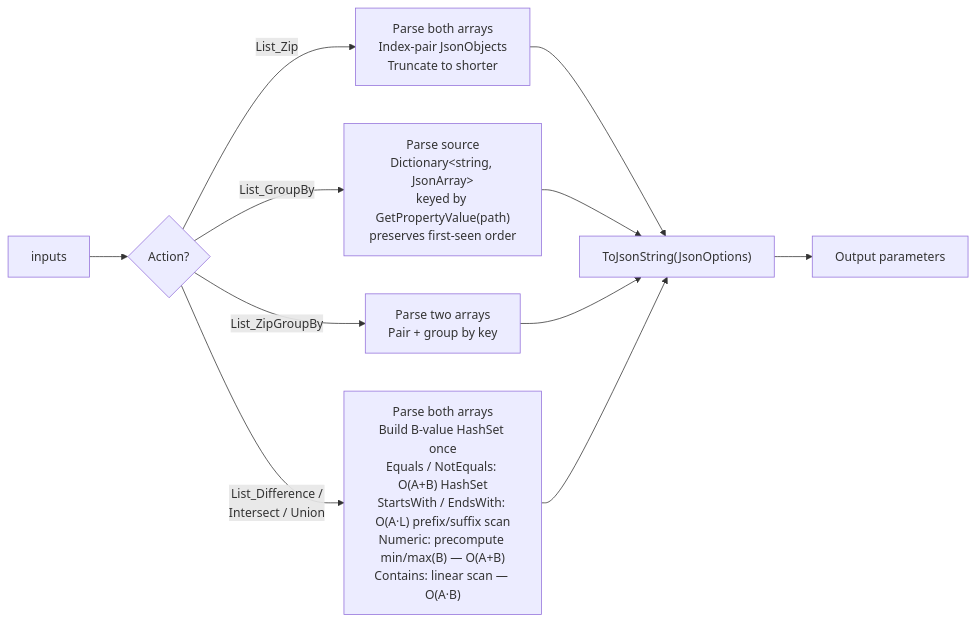
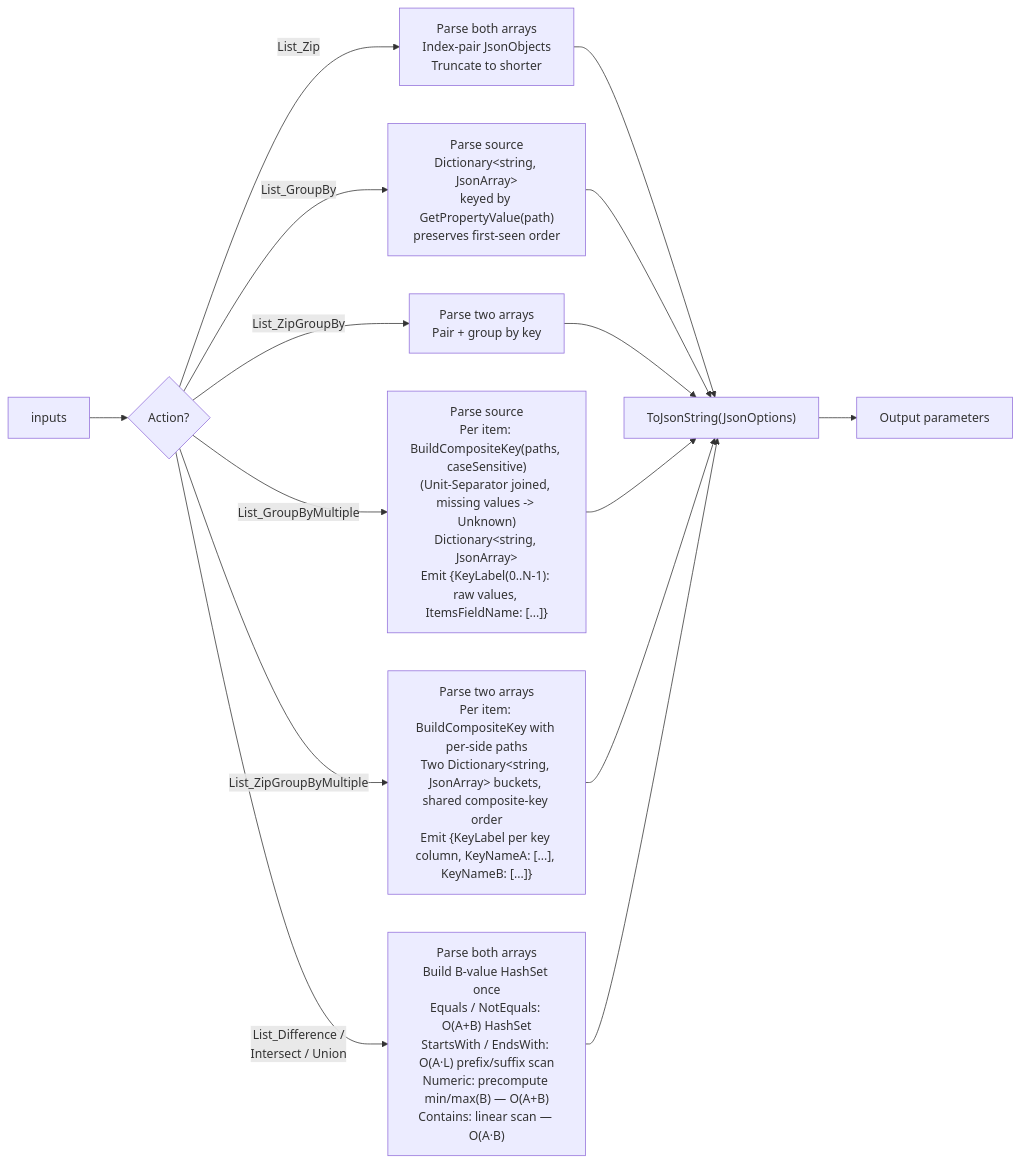
Before and after one commit to alex-cres/OSListUtilsServerSide: the third of 7 diagrams in ARCHITECTURE.md, drawn with Mermaid. The commit also changed other lines of this file and 20 other files, not shown here.

First line of the commit message:
feat(v0.6.0): add multi-key grouping actions (GroupByMultiple / ZipGroupByMultiple / ZipManyGroupByMultiple)

````diff
--- a/ARCHITECTURE.md
+++ b/ARCHITECTURE.md
@@ -114,13 +114,17 @@
 ```mermaid
 flowchart LR
     In[inputs] --> Type{Action?}
     Type -->|List_Zip| Zip["Parse both arrays<br/>Index-pair JsonObjects<br/>Truncate to shorter"]
     Type -->|List_GroupBy| GroupBy["Parse source<br/>Dictionary&lt;string, JsonArray&gt;<br/>keyed by GetPropertyValue(path)<br/>preserves first-seen order"]
     Type -->|List_ZipGroupBy| ZipGroup["Parse two arrays<br/>Pair + group by key"]
+    Type -->|List_GroupByMultiple| GroupByN["Parse source<br/>Per item: BuildCompositeKey(paths, caseSensitive)<br/>(Unit-Separator joined, missing values -> Unknown)<br/>Dictionary&lt;string, JsonArray&gt;<br/>Emit {KeyLabel(0..N-1): raw values, ItemsFieldName: [...]}"]
+    Type -->|List_ZipGroupByMultiple| ZipGroupN["Parse two arrays<br/>Per item: BuildCompositeKey with per-side paths<br/>Two Dictionary&lt;string, JsonArray&gt; buckets, shared composite-key order<br/>Emit {KeyLabel per key column, KeyNameA: [...], KeyNameB: [...]}"]
     Type -->|List_Difference /<br/>Intersect / Union| SetOp["Parse both arrays<br/>Build B-value HashSet once<br/>Equals / NotEquals: O(A+B) HashSet<br/>StartsWith / EndsWith: O(A·L) prefix/suffix scan<br/>Numeric: precompute min/max(B) — O(A+B)<br/>Contains: linear scan — O(A·B)"]
     Zip --> Serialize["ToJsonString(JsonOptions)"]
     GroupBy --> Serialize
     ZipGroup --> Serialize
+    GroupByN --> Serialize
+    ZipGroupN --> Serialize
     SetOp --> Serialize
     Serialize --> Out[Output parameters]
 ```
````
